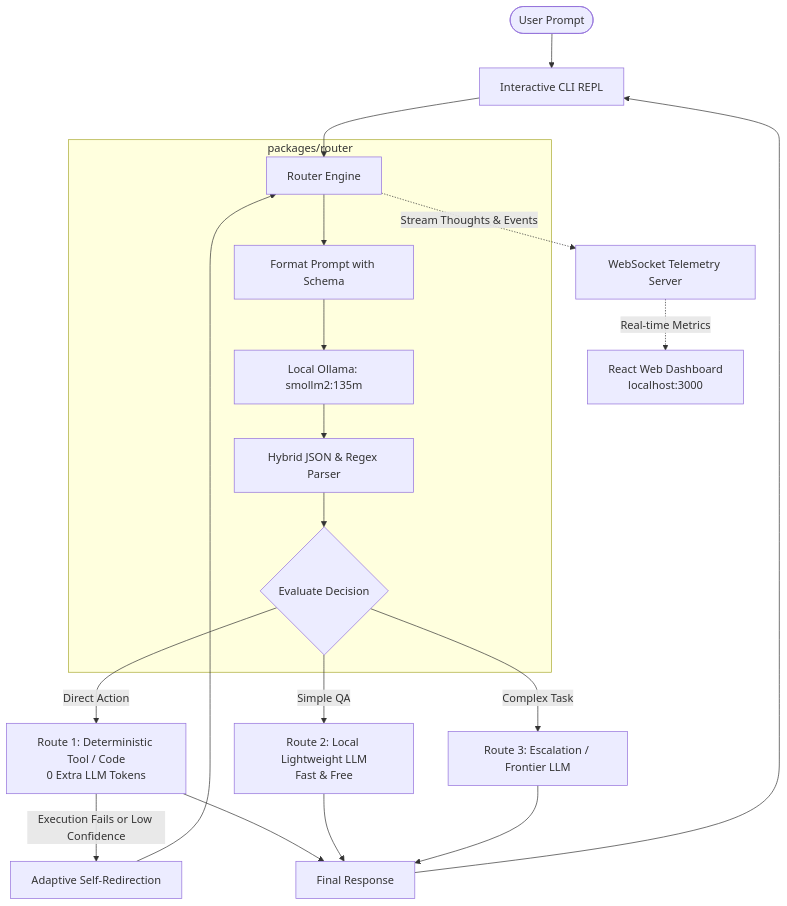
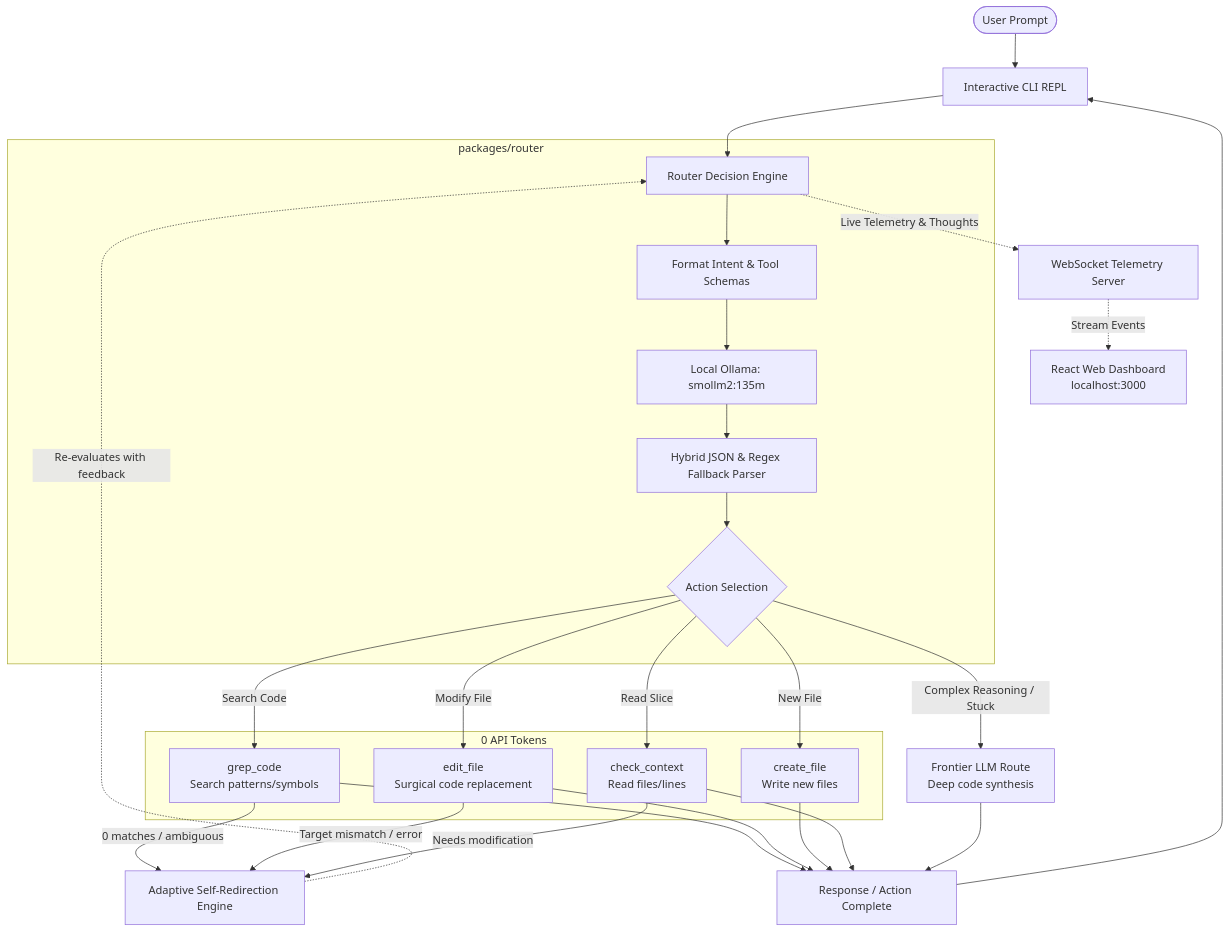
One commit to Tserpilouski/jev-router-ai changed the diagram in README.md. Above: the diagram before and after it, drawn with Mermaid. The commit also changed other lines of this file, not shown here.

Commit message:
docs: define local workspace tools (grep, context check, edit, create) and self-redirection flow

````diff
--- a/README.md
+++ b/README.md
@@ -22,27 +25,37 @@
 ```mermaid
 flowchart TD
     User([User Prompt]) --> CLI[Interactive CLI REPL]
-    CLI --> RouterCore[Router Engine]
+    CLI --> RouterCore[Router Decision Engine]
     
     subgraph Router Core [packages/router]
-        RouterCore --> PromptEng[Format Prompt with Schema]
+        RouterCore --> PromptEng[Format Intent & Tool Schemas]
         PromptEng --> Ollama[Local Ollama: smollm2:135m]
-        Ollama --> Parser[Hybrid JSON & Regex Parser]
-        Parser --> Decision{Evaluate Decision}
+        Ollama --> Parser[Hybrid JSON & Regex Fallback Parser]
+        Parser --> Dispatch{Action Selection}
     end
 
-    Decision -- "Direct Action" --> RouteTool[Route 1: Deterministic Tool / Code\n0 Extra LLM Tokens]
-    Decision -- "Simple QA" --> RouteLocal[Route 2: Local Lightweight LLM\nFast & Free]
-    Decision -- "Complex Task" --> RouteFrontier[Route 3: Escalation / Frontier LLM]
+    subgraph Local Workspace Tools [0 API Tokens]
+        Dispatch -- "Search Code" --> ToolGrep[grep_code\nSearch patterns/symbols]
+        Dispatch -- "Read Slice" --> ToolContext[check_context\nRead files/lines]
+        Dispatch -- "Modify File" --> ToolEdit[edit_file\nSurgical code replacement]
+        Dispatch -- "New File" --> ToolCreate[create_file\nWrite new files]
+    end
 
-    RouteTool -- "Execution Fails or Low Confidence" --> SelfRedirect[Adaptive Self-Redirection]
-    SelfRedirect --> RouterCore
+    Dispatch -- "Complex Reasoning / Stuck" --> RouteFrontier[Frontier LLM Route\nDeep code synthesis]
 
-    RouteTool --> Result[Final Response]
-    RouteLocal --> Result
-    RouteFrontier --> Result
+    ToolGrep -- "0 matches / ambiguous" --> Redirect[Adaptive Self-Redirection Engine]
+    ToolEdit -- "Target mismatch / error" --> Redirect
+    ToolContext -- "Needs modification" --> Redirect
+    
+    Redirect -.->|Re-evaluates with feedback| RouterCore
 
-    RouterCore -.->|Stream Thoughts & Events| WSServer[WebSocket Telemetry Server]
-    WSServer -.->|Real-time Metrics| WebDashboard[React Web Dashboard\nlocalhost:3000]
-    Result --> CLI
+    ToolGrep --> Success[Response / Action Complete]
+    ToolEdit --> Success
+    ToolCreate --> Success
+    ToolContext --> Success
+    RouteFrontier --> Success
+
+    RouterCore -.->|Live Telemetry & Thoughts| WSServer[WebSocket Telemetry Server]
+    WSServer -.->|Stream Events| WebDashboard[React Web Dashboard\nlocalhost:3000]
+    Success --> CLI
 ```
````
